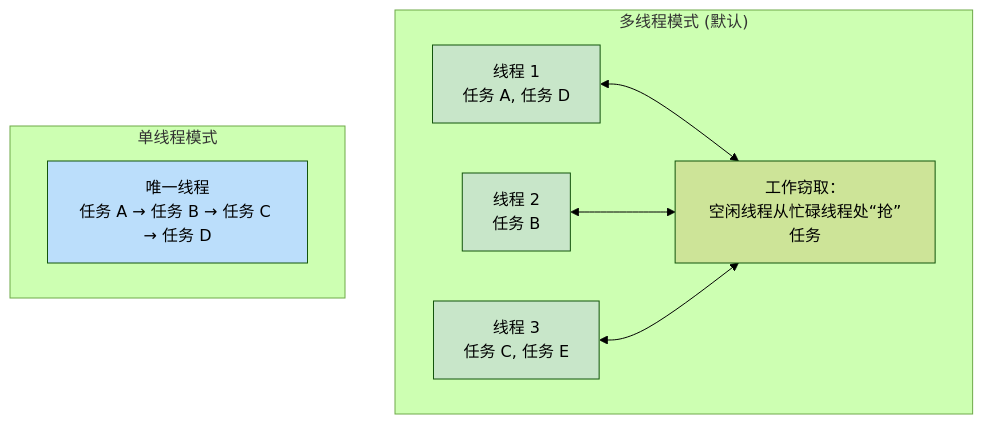
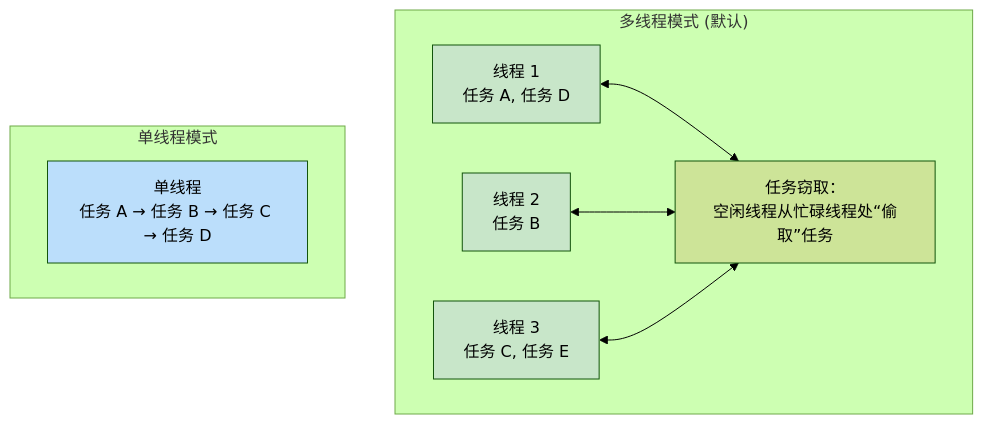
Before and after one commit to veegn/rust-training-zh: the first of 3 diagrams in async-book/src/zh/ch08-tokio-deep-dive.md, drawn with Mermaid (forest theme). The commit also changed other lines of this file and 354 other files, not shown here.

````diff
--- a/async-book/src/zh/ch08-tokio-deep-dive.md
+++ b/async-book/src/zh/ch08-tokio-deep-dive.md
@@ -43,21 +43,21 @@
 ```mermaid
 graph TB
     subgraph "多线程模式 (默认)"
         MT_Q1["线程 1<br/>任务 A, 任务 D"]
         MT_Q2["线程 2<br/>任务 B"]
         MT_Q3["线程 3<br/>任务 C, 任务 E"]
-        STEAL["工作窃取：<br/>空闲线程从忙碌线程处“抢”任务"]
+        STEAL["任务窃取：<br/>空闲线程从忙碌线程处“偷取”任务"]
         MT_Q1 <--> STEAL
         MT_Q2 <--> STEAL
         MT_Q3 <--> STEAL
     end
 
     subgraph "单线程模式"
-        ST_Q["唯一线程<br/>任务 A → 任务 B → 任务 C → 任务 D"]
+        ST_Q["单线程<br/>任务 A → 任务 B → 任务 C → 任务 D"]
     end
 
     style MT_Q1 fill:#c8e6c9,color:#000
     style MT_Q2 fill:#c8e6c9,color:#000
     style MT_Q3 fill:#c8e6c9,color:#000
     style ST_Q fill:#bbdefb,color:#000
 ```
````
